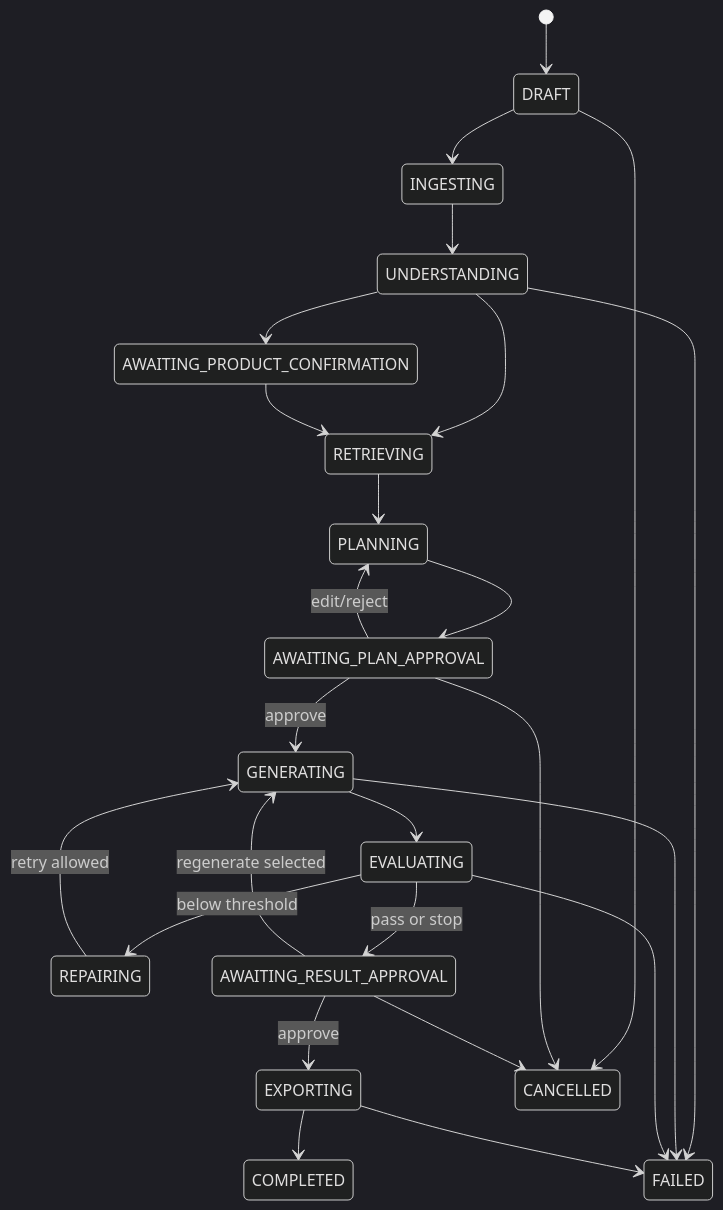
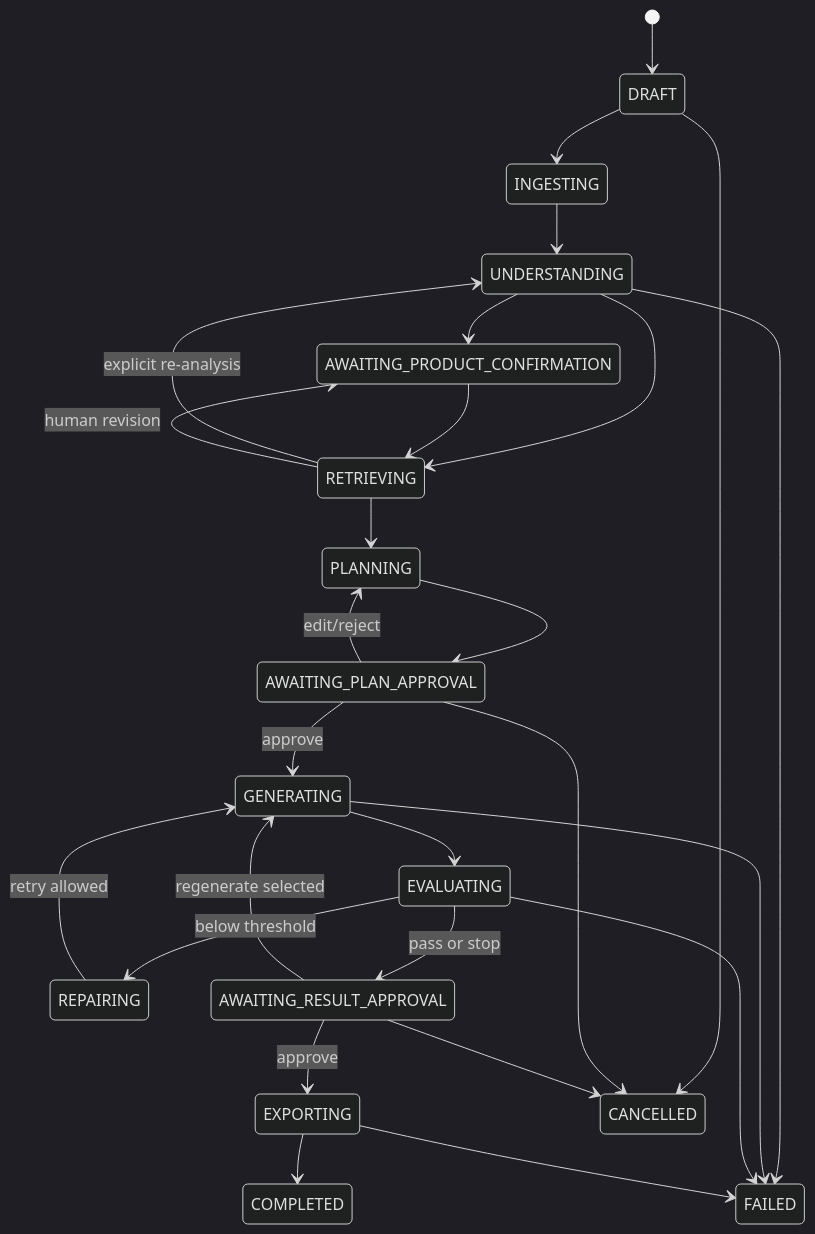
One commit to wcl1314520/commercevision-agent changed the diagram in docs/01-architecture/workflow-state-machine.md. Above: the diagram before and after it, drawn with Mermaid (dark theme). The commit also changed other lines of this file and 159 other files, not shown here.

Commit message:
Implement Vision ProductBrief and human confirmation

````diff
--- a/docs/01-architecture/workflow-state-machine.md
+++ b/docs/01-architecture/workflow-state-machine.md
@@ -11,27 +11,29 @@
 ```mermaid
 stateDiagram-v2
     [*] --> DRAFT
     DRAFT --> INGESTING
     INGESTING --> UNDERSTANDING
     UNDERSTANDING --> AWAITING_PRODUCT_CONFIRMATION
     UNDERSTANDING --> RETRIEVING
     AWAITING_PRODUCT_CONFIRMATION --> RETRIEVING
+    RETRIEVING --> UNDERSTANDING: explicit re-analysis
+    RETRIEVING --> AWAITING_PRODUCT_CONFIRMATION: human revision
     RETRIEVING --> PLANNING
     PLANNING --> AWAITING_PLAN_APPROVAL
     AWAITING_PLAN_APPROVAL --> PLANNING: edit/reject
     AWAITING_PLAN_APPROVAL --> GENERATING: approve
     GENERATING --> EVALUATING
     EVALUATING --> REPAIRING: below threshold
     REPAIRING --> GENERATING: retry allowed
     EVALUATING --> AWAITING_RESULT_APPROVAL: pass or stop
     AWAITING_RESULT_APPROVAL --> GENERATING: regenerate selected
     AWAITING_RESULT_APPROVAL --> EXPORTING: approve
     EXPORTING --> COMPLETED
     DRAFT --> CANCELLED
     AWAITING_PLAN_APPROVAL --> CANCELLED
     AWAITING_RESULT_APPROVAL --> CANCELLED
     UNDERSTANDING --> FAILED
     GENERATING --> FAILED
     EVALUATING --> FAILED
     EXPORTING --> FAILED
 ```
````
